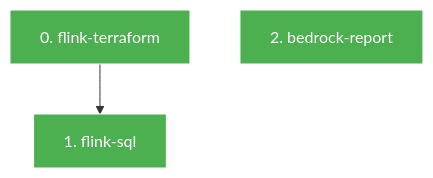
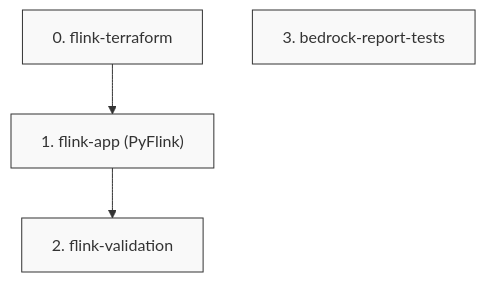
The diagram in phases/3-realtime/DAG.md (masondev1024/robot-data-pipeline), drawn with Mermaid before and after one commit. The commit also changed other lines of this file and 8 other files, not shown here.

````diff
--- a/phases/3-realtime/DAG.md
+++ b/phases/3-realtime/DAG.md
@@ -3,14 +3,17 @@
 ```mermaid
 graph TD
   classDef completed fill:#4CAF50,stroke:#fff,color:#fff;
   classDef pending fill:#f9f9f9,stroke:#333;
   classDef error fill:#f44336,stroke:#fff,color:#fff;
   classDef blocked fill:#FF9800,stroke:#fff,color:#fff;
   S0["0. flink-terraform"]
-  class S0 completed;
-  S1["1. flink-sql"]
-  class S1 completed;
+  class S0 pending;
+  S1["1. flink-app (PyFlink)"]
+  class S1 pending;
+  S2["2. flink-validation"]
+  class S2 pending;
+  S3["3. bedrock-report-tests"]
+  class S3 pending;
   S0 --> S1
-  S2["2. bedrock-report"]
-  class S2 completed;
+  S1 --> S2
 ```
````
